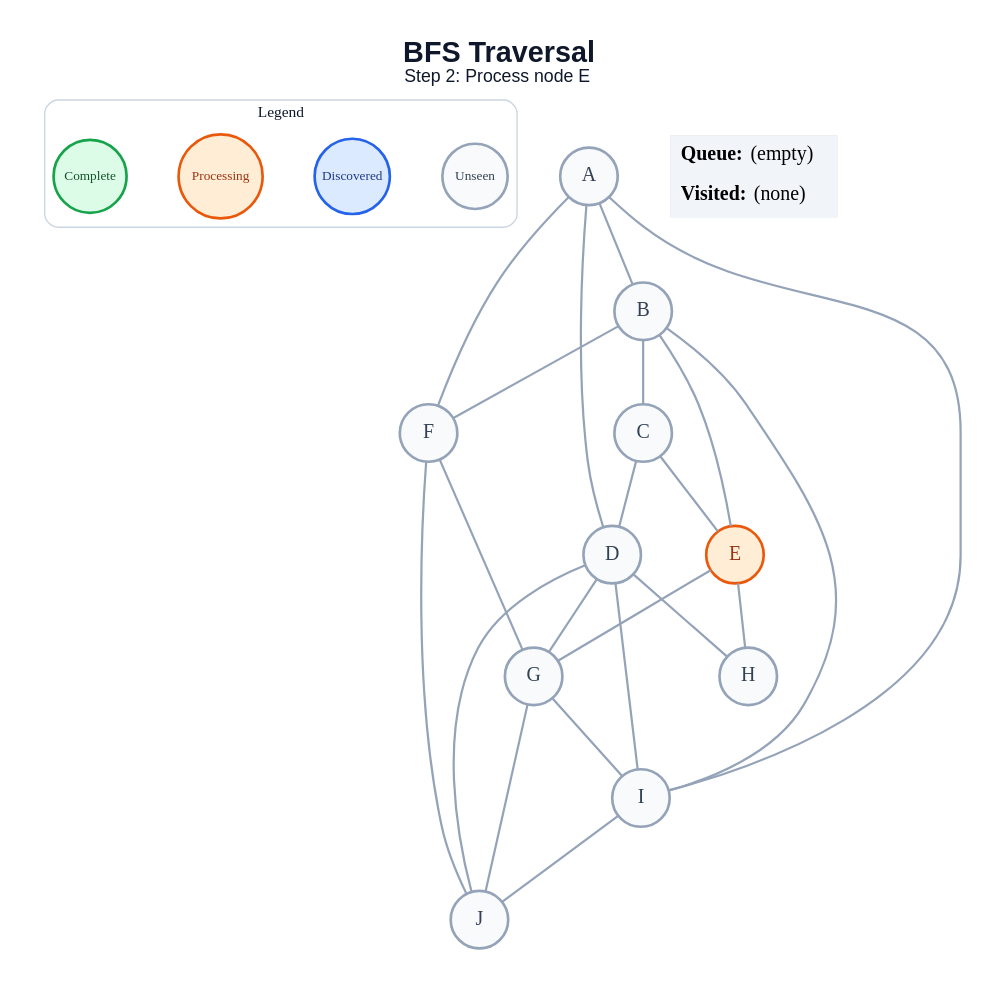
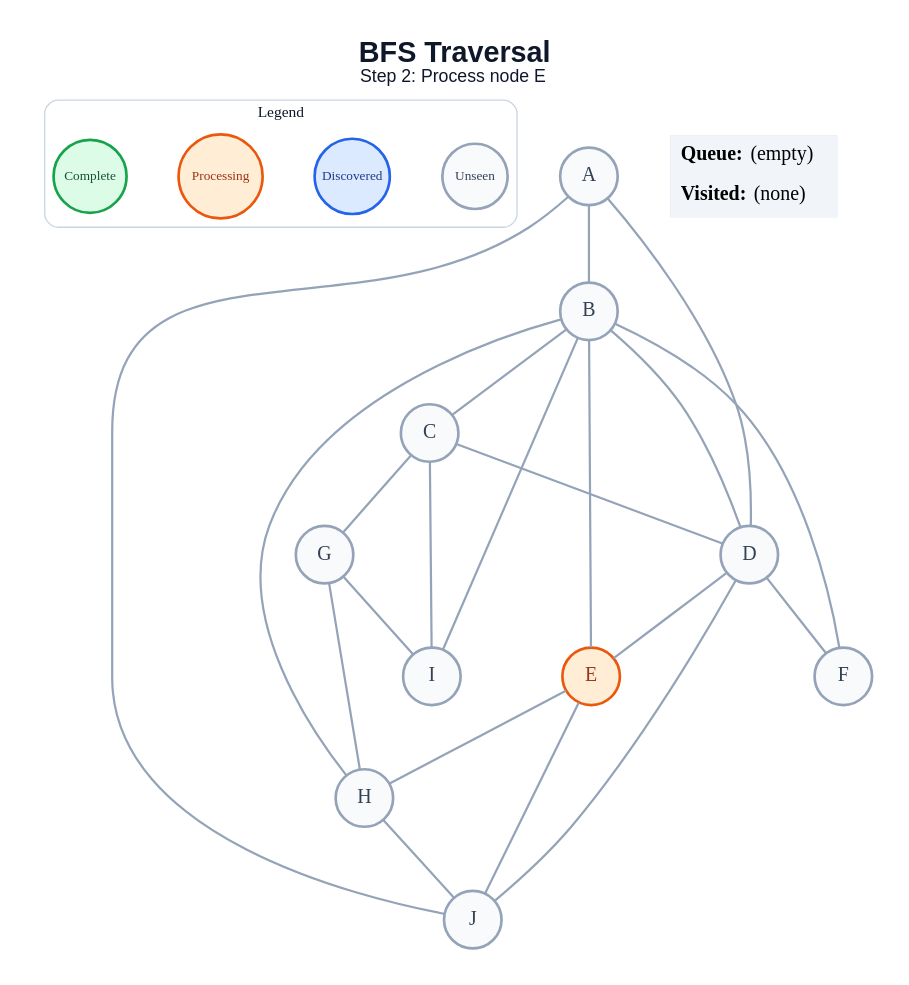
The diagram in generated/specific-node/bfs/step_02.dot (amanghodawala9/ai-slop), drawn with Graphviz before and after one commit. The commit also changed 178 other files, not shown here.

```diff
--- a/generated/specific-node/bfs/step_02.dot
+++ b/generated/specific-node/bfs/step_02.dot
@@ -1,50 +1,49 @@
 graph traversal {
   graph [layout=dot, rankdir=TB, bgcolor="#FFFFFF", pad="0.35", nodesep="0.65", ranksep="0.8", fontname="Arial"];
   node [shape=circle, style="filled", fontname="Arial Bold", fontsize=18, width=0.72, fixedsize=true, penwidth=2.4];
   edge [color="#94A3B8", penwidth=2.0];
   label=<<B>BFS Traversal</B><BR/><FONT POINT-SIZE="16">Step 2: Process node E</FONT>>; labelloc="t"; fontsize=26; fontname="Arial"; fontcolor="#0F172A";
   subgraph cluster_legend { label="Legend"; color="#CBD5E1"; penwidth=1.2; style="rounded"; fontsize=14; fontname="Arial Bold";
     key_unseen [label="Unseen", fillcolor="#F8FAFC", color="#94A3B8", fontcolor="#334155", fontsize=12, width=0.82];
     key_frontier [label="Discovered", fillcolor="#DBEAFE", color="#2563EB", fontcolor="#1E3A8A", fontsize=12, width=0.95];
     key_current [label="Processing", fillcolor="#FFEDD5", color="#EA580C", fontcolor="#9A3412", fontsize=12, width=1.05];
     key_done [label="Complete", fillcolor="#DCFCE7", color="#16A34A", fontcolor="#14532D", fontsize=12, width=0.92];
     { rank=same; key_unseen; key_frontier; key_current; key_done; }
   }
   A [fillcolor="#F8FAFC", color="#94A3B8", fontcolor="#334155"];
   B [fillcolor="#F8FAFC", color="#94A3B8", fontcolor="#334155"];
   C [fillcolor="#F8FAFC", color="#94A3B8", fontcolor="#334155"];
   D [fillcolor="#F8FAFC", color="#94A3B8", fontcolor="#334155"];
   E [fillcolor="#FFEDD5", color="#EA580C", fontcolor="#9A3412"];
   F [fillcolor="#F8FAFC", color="#94A3B8", fontcolor="#334155"];
   G [fillcolor="#F8FAFC", color="#94A3B8", fontcolor="#334155"];
   H [fillcolor="#F8FAFC", color="#94A3B8", fontcolor="#334155"];
   I [fillcolor="#F8FAFC", color="#94A3B8", fontcolor="#334155"];
   J [fillcolor="#F8FAFC", color="#94A3B8", fontcolor="#334155"];
   A -- B;
   A -- D;
-  A -- F;
-  A -- I;
+  A -- J;
   B -- C;
+  B -- D;
   B -- E;
   B -- F;
+  B -- H;
   B -- I;
   C -- D;
-  C -- E;
-  D -- G;
-  D -- H;
-  D -- I;
+  C -- G;
+  C -- I;
+  D -- E;
+  D -- F;
   D -- J;
-  E -- G;
   E -- H;
-  F -- G;
-  F -- J;
+  E -- J;
+  G -- H;
   G -- I;
-  G -- J;
-  I -- J;
+  H -- J;
   status [shape=plain, fixedsize=false, width=0, height=0, margin=0, label=<
     <TABLE BORDER="0" CELLBORDER="0" CELLPADDING="7" BGCOLOR="#F1F5F9">
       <TR><TD ALIGN="LEFT"><B>Queue:</B> (empty)</TD></TR>
       <TR><TD ALIGN="LEFT"><B>Visited:</B> (none)</TD></TR>
     </TABLE>
   >];
 }
```
